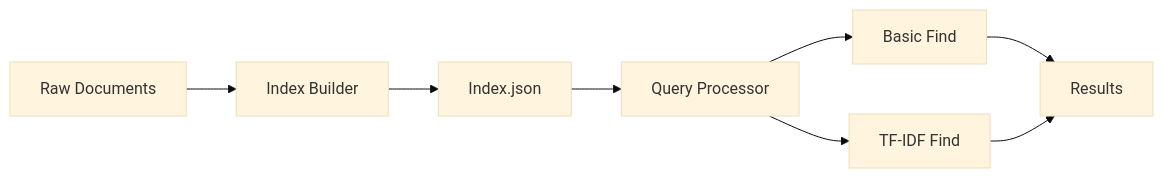
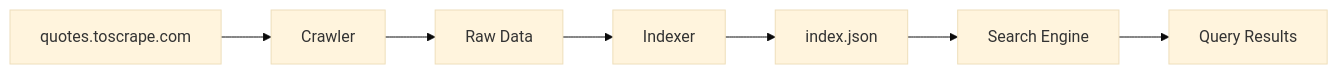
The first of 2 diagrams in README.md (ArjunVarmaLeeds/Web-Services-CWK2), drawn with Mermaid (base theme) before and after one commit. The commit also changed other lines of this file, not shown here.

````diff
--- a/README.md
+++ b/README.md
@@ -19,10 +21,9 @@
 ```mermaid
 flowchart LR
-    A[Raw Documents] --> B[Index Builder]
-    B --> C[Index.json]
-    C --> D[Query Processor]
-    D --> E[Basic Find]
-    D --> F[TF-IDF Find]
-    E --> G[Results]
-    F --> G
+    A[quotes.toscrape.com] --> B[Crawler]
+    B --> C[Raw Data]
+    C --> D[Indexer]
+    D --> E[index.json]
+    E --> F[Search Engine]
+    F --> G[Query Results]
 ```
````
